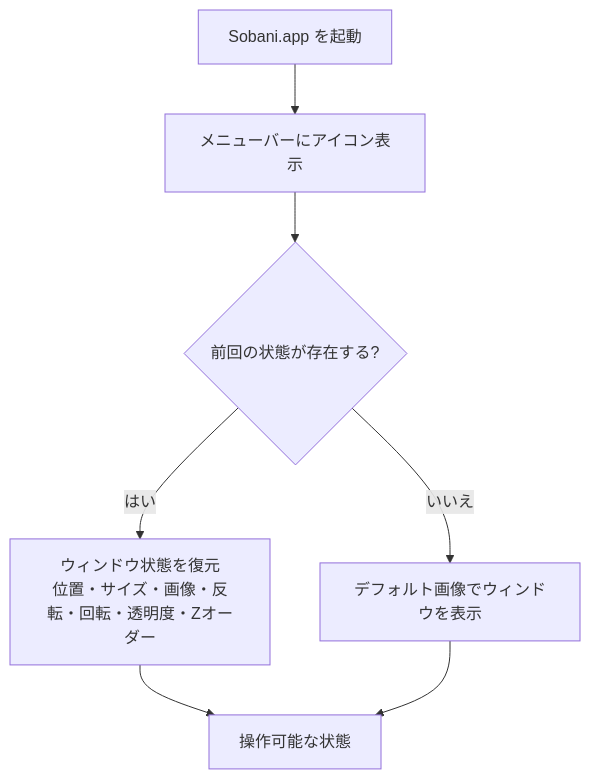
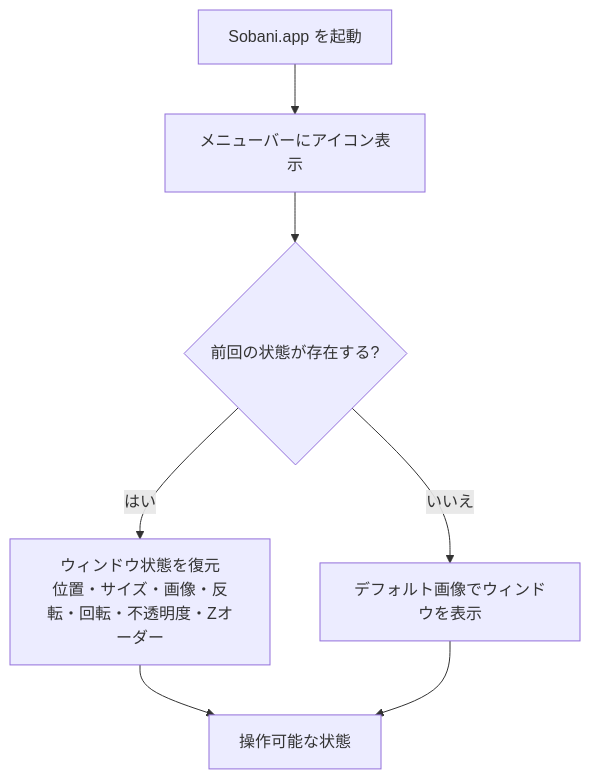
The first of 4 diagrams in docs/guide/usage.md (shiroemons/sobani), drawn with Mermaid before and after one commit. The commit also changed other lines of this file and 6 other files, not shown here.

Commit message:
docs: 「透明度」→「不透明度」に用語統一

````diff
--- a/docs/guide/usage.md
+++ b/docs/guide/usage.md
@@ -13,9 +13,9 @@
 ```mermaid
 flowchart TD
     A[Sobani.app を起動] --> B[メニューバーにアイコン表示]
     B --> C{前回の状態が存在する?}
-    C -- はい --> D[ウィンドウ状態を復元<br/>位置・サイズ・画像・反転・回転・透明度・Zオーダー]
+    C -- はい --> D[ウィンドウ状態を復元<br/>位置・サイズ・画像・反転・回転・不透明度・Zオーダー]
     C -- いいえ --> E[デフォルト画像でウィンドウを表示]
     D --> F[操作可能な状態]
     E --> F
 ```
````
